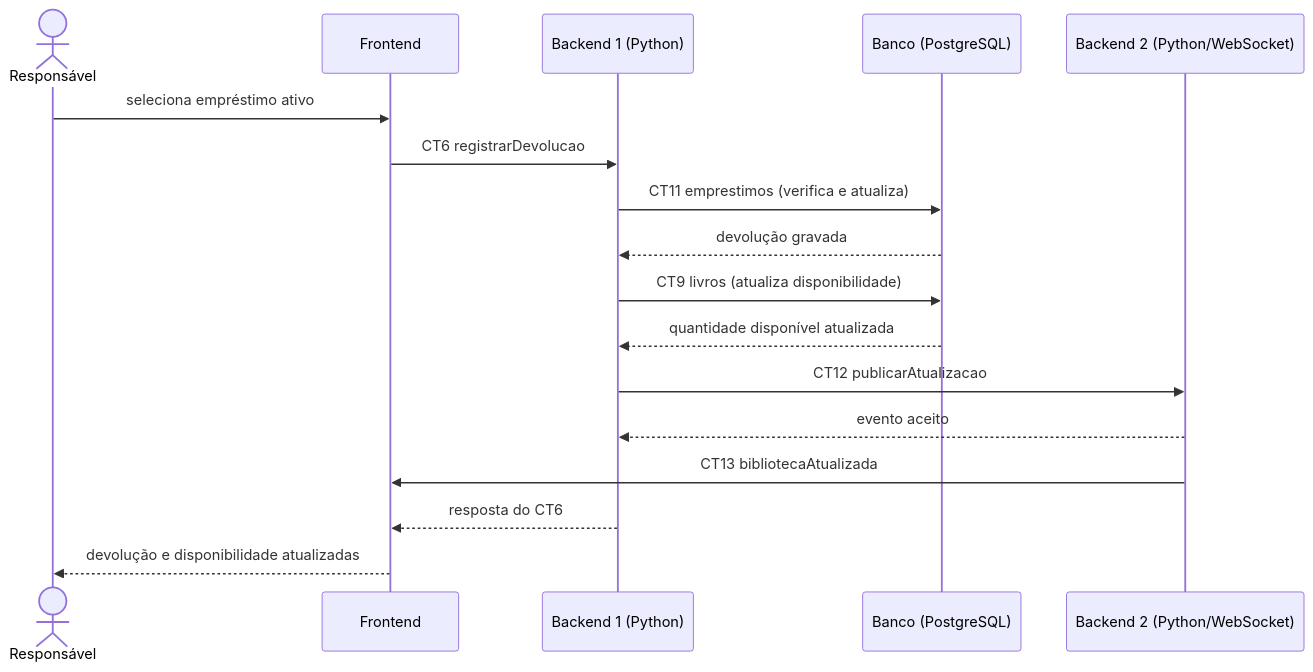
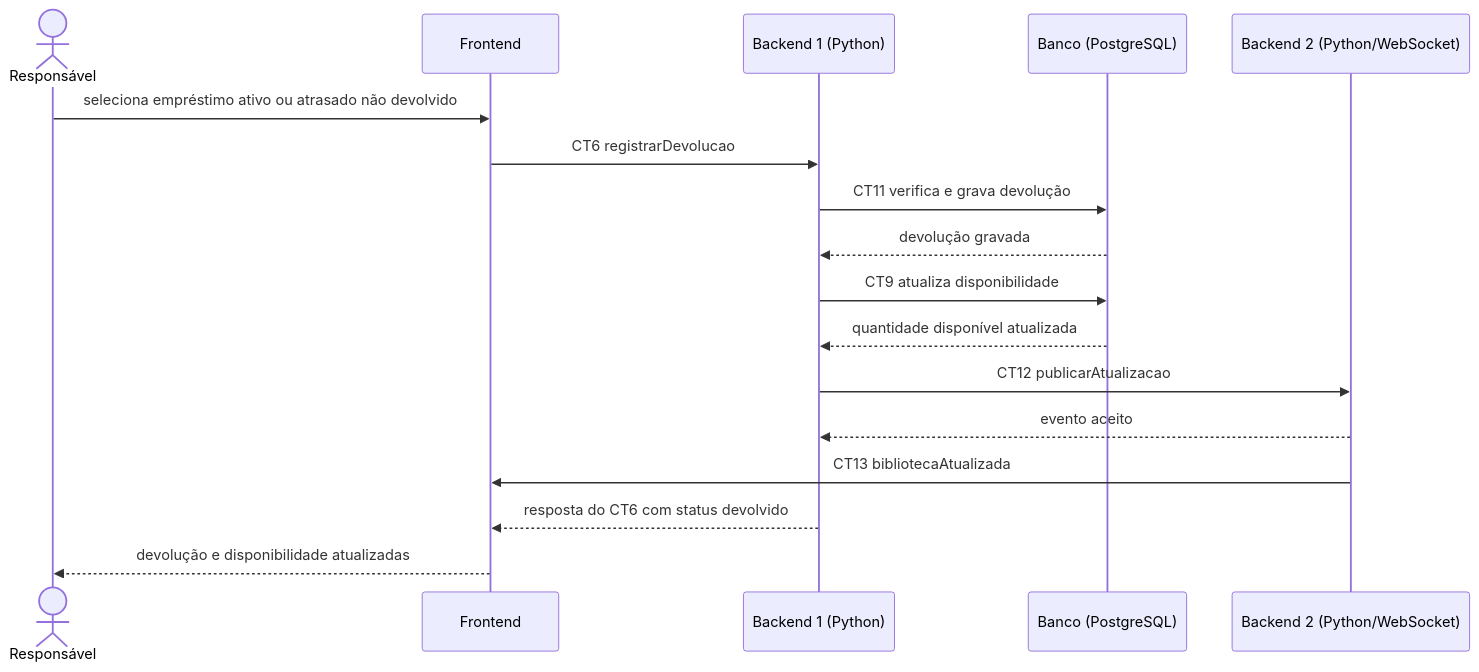
One commit to ElVictron/pi4-0101-g5-frontend changed the diagram in docs/fluxos/E6-registro-de-devolucao.md. Above: the diagram before and after it, drawn with Mermaid. The commit also changed other lines of this file, not shown here.

First line of the commit message:
Permitir devolução de empréstimos atrasados no E6

````diff
--- a/docs/fluxos/E6-registro-de-devolucao.md
+++ b/docs/fluxos/E6-registro-de-devolucao.md
@@ -18,19 +20,19 @@
 ```mermaid
 sequenceDiagram
     actor Responsavel as Responsável
     participant Frontend
     participant Backend1 as Backend 1 (Python)
     participant Banco as Banco (PostgreSQL)
     participant Backend2 as Backend 2 (Python/WebSocket)
-    Responsavel->>Frontend: seleciona empréstimo ativo
+    Responsavel->>Frontend: seleciona empréstimo ativo ou atrasado não devolvido
     Frontend->>Backend1: CT6 registrarDevolucao
-    Backend1->>Banco: CT11 emprestimos (verifica e atualiza)
+    Backend1->>Banco: CT11 verifica e grava devolução
     Banco-->>Backend1: devolução gravada
-    Backend1->>Banco: CT9 livros (atualiza disponibilidade)
+    Backend1->>Banco: CT9 atualiza disponibilidade
     Banco-->>Backend1: quantidade disponível atualizada
     Backend1->>Backend2: CT12 publicarAtualizacao
     Backend2-->>Backend1: evento aceito
     Backend2->>Frontend: CT13 bibliotecaAtualizada
-    Backend1-->>Frontend: resposta do CT6
+    Backend1-->>Frontend: resposta do CT6 com status devolvido
     Frontend-->>Responsavel: devolução e disponibilidade atualizadas
 ```
````
